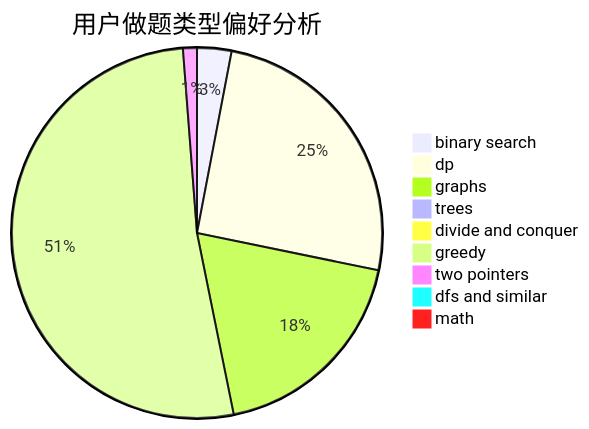
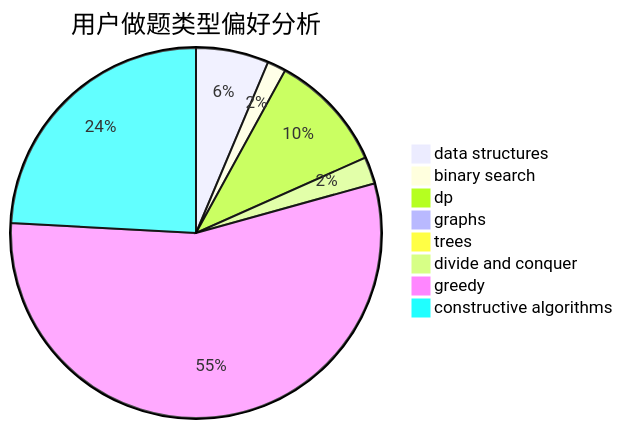
Before and after one commit to sherpahu/cfrs.github.io: the second of 3 diagrams in docs/user/u1173.md, drawn with Mermaid. The commit also changed other lines of this file and 2775 other files, not shown here.

````diff
--- a/docs/user/u1173.md
+++ b/docs/user/u1173.md
@@ -23,12 +23,11 @@
 ```mermaid
 pie title 用户做题类型偏好分析
-    "binary search" :  42
-    "dp" :  353
-    "graphs" :  260
+    "data structures" :  35
+    "binary search" :  9
+    "dp" :  57
+    "graphs" :  0
     "trees" :  3
     "divide and conquer" :  13
-    "greedy" :  727
-    "two pointers" :  17
-    "dfs and similar" :  2
-    "math" :  2
+    "greedy" :  304
+    "constructive algorithms" :  133
 ```
````
